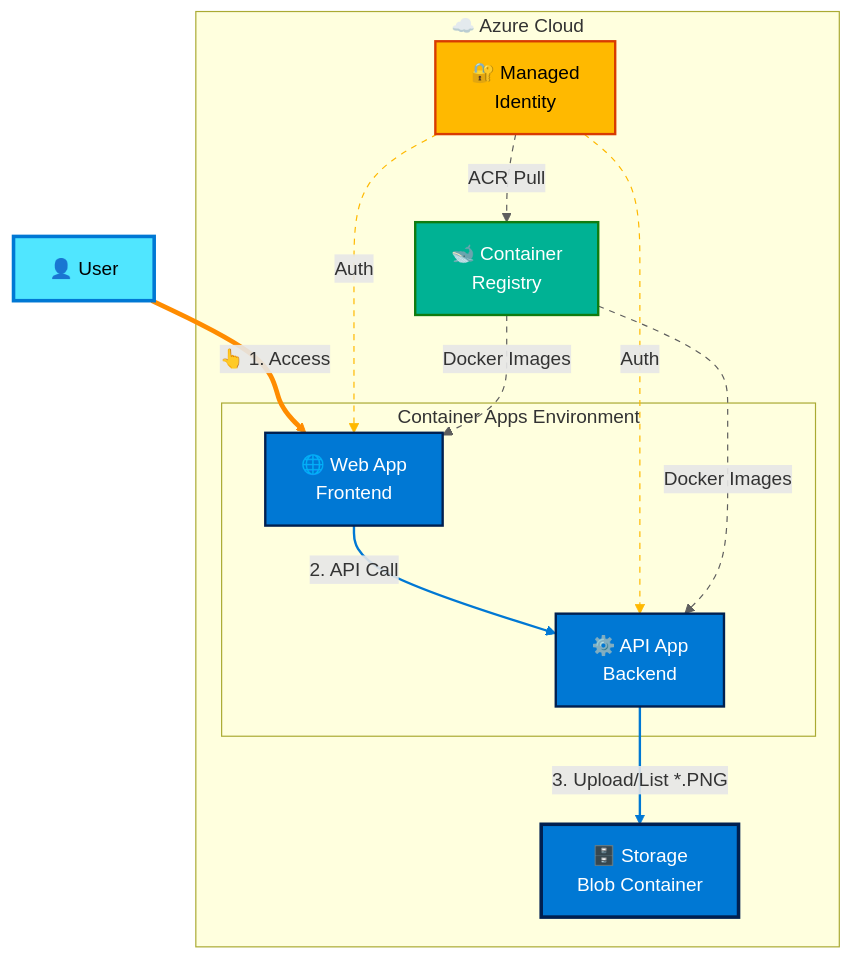
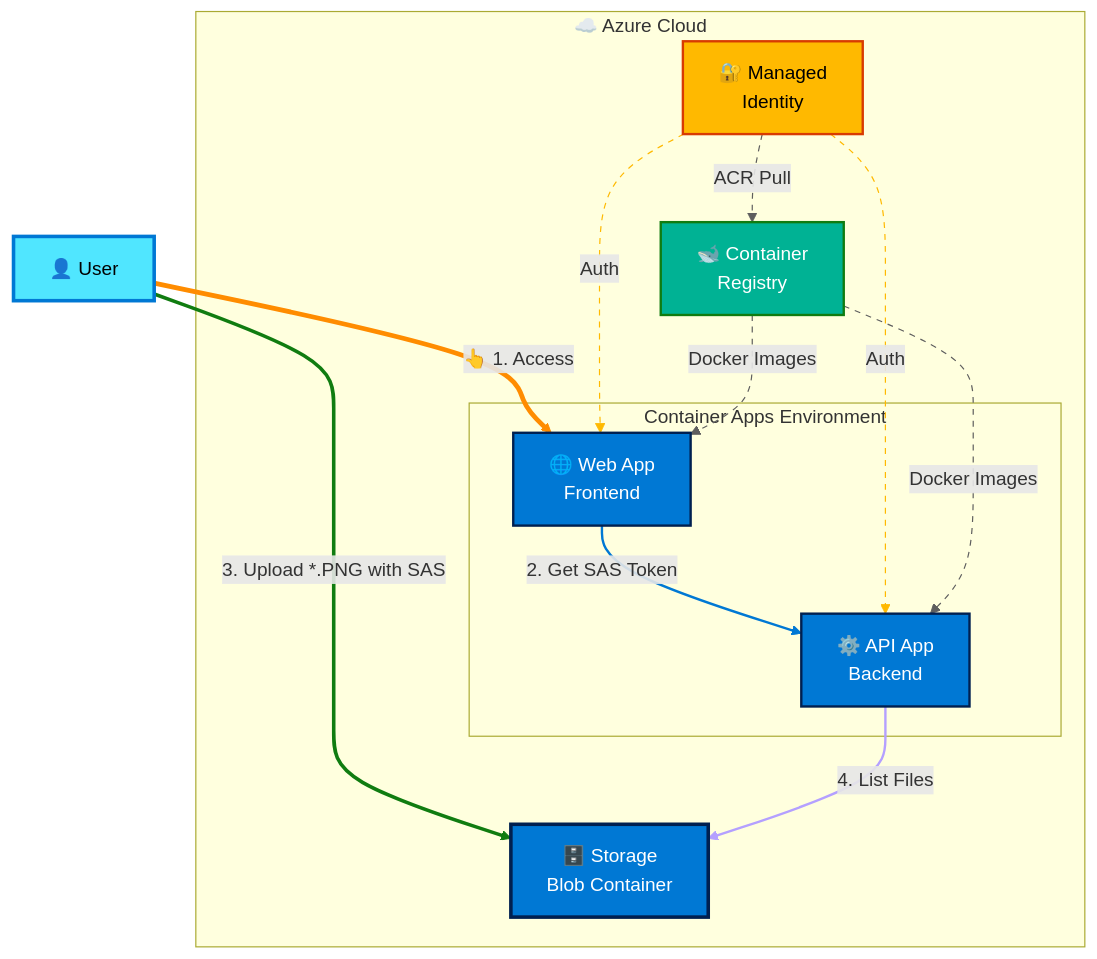
The diagram in docs/mermaid/architecture-simple.mermaid (Azure-Samples/azure-typescript-upload-file-storage-blob), drawn with Mermaid before and after one commit. The commit also changed 12 other files, not shown here.

```diff
--- a/docs/mermaid/architecture-simple.mermaid
+++ b/docs/mermaid/architecture-simple.mermaid
@@ -1,41 +1,44 @@
 graph TB
     User[👤 User]
     
     subgraph Azure["☁️ Azure Cloud"]
         subgraph ContainerApps["Container Apps Environment"]
             Frontend[🌐 Web App<br/>Frontend]
             Backend[⚙️ API App<br/>Backend]
         end
         
         ManagedIdentity[🔐 Managed<br/>Identity]
         Registry[🐋 Container<br/>Registry]
         Storage[🗄️ Storage<br/>Blob Container]
     end
 
     User -->|👆 1. Access| Frontend
-    Frontend -->|2. API Call| Backend
-    Backend -->|3. Upload/List *.PNG| Storage
+    Frontend -->|2. Get SAS Token| Backend
+    User -->|3. Upload *.PNG with SAS| Storage
+    Backend -->|4. List Files| Storage
     
     ManagedIdentity -.->|Auth| Frontend
     ManagedIdentity -.->|Auth| Backend
     ManagedIdentity -.->|ACR Pull| Registry
     Registry -.->|Docker Images| Frontend
     Registry -.->|Docker Images| Backend
 
     classDef userStyle fill:#50E6FF,stroke:#0078D4,stroke-width:3px,color:#000
     classDef appStyle fill:#0078D4,stroke:#002050,stroke-width:2px,color:#fff
     classDef identityStyle fill:#FFB900,stroke:#D83B01,stroke-width:2px,color:#000
     classDef registryStyle fill:#00B294,stroke:#107C10,stroke-width:2px,color:#fff
     classDef storageStyle fill:#0078D4,stroke:#002050,stroke-width:3px,color:#fff
 
     class User userStyle
     class Frontend,Backend appStyle
     class ManagedIdentity identityStyle
     class Registry registryStyle
     class Storage storageStyle
     
     %% Link styles for colored flows
     linkStyle 0 stroke:#FF8C00,stroke-width:4px
-    linkStyle 1,2 stroke:#0078D4,stroke-width:2px
-    linkStyle 3,4 stroke:#FFB900,stroke-width:1px,stroke-dasharray:5
-    linkStyle 5,6,7 stroke:#5E5E5E,stroke-width:1px,stroke-dasharray:5
+    linkStyle 1 stroke:#0078D4,stroke-width:2px
+    linkStyle 2 stroke:#107C10,stroke-width:3px
+    linkStyle 3 stroke:#B4A0FF,stroke-width:2px
+    linkStyle 4,5 stroke:#FFB900,stroke-width:1px,stroke-dasharray:5
+    linkStyle 6,7,8 stroke:#5E5E5E,stroke-width:1px,stroke-dasharray:5
```
